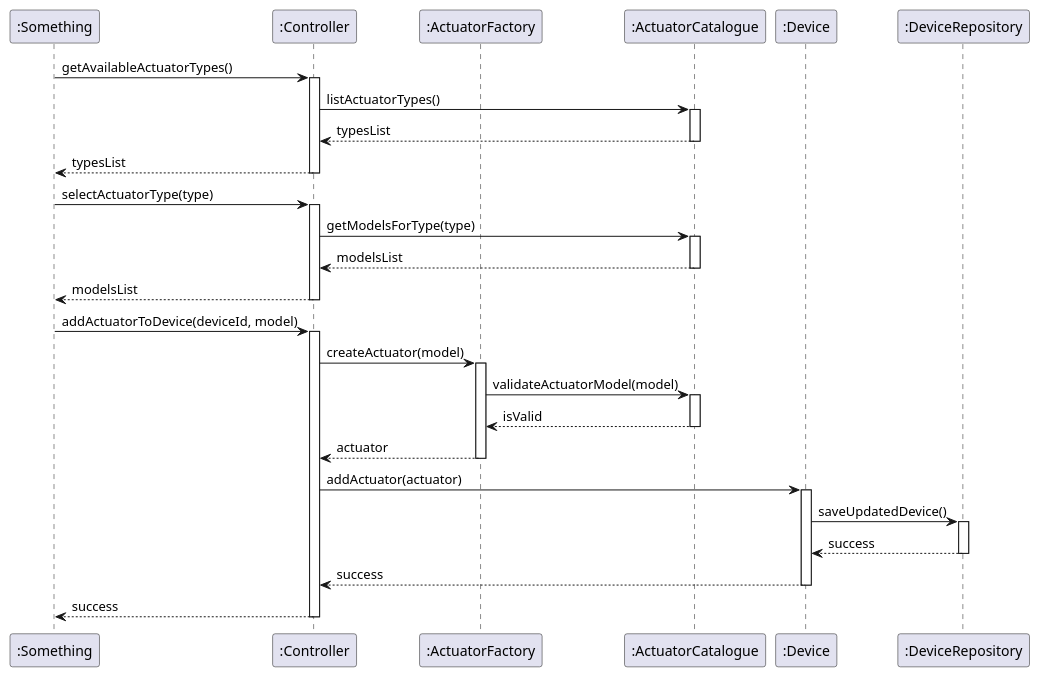
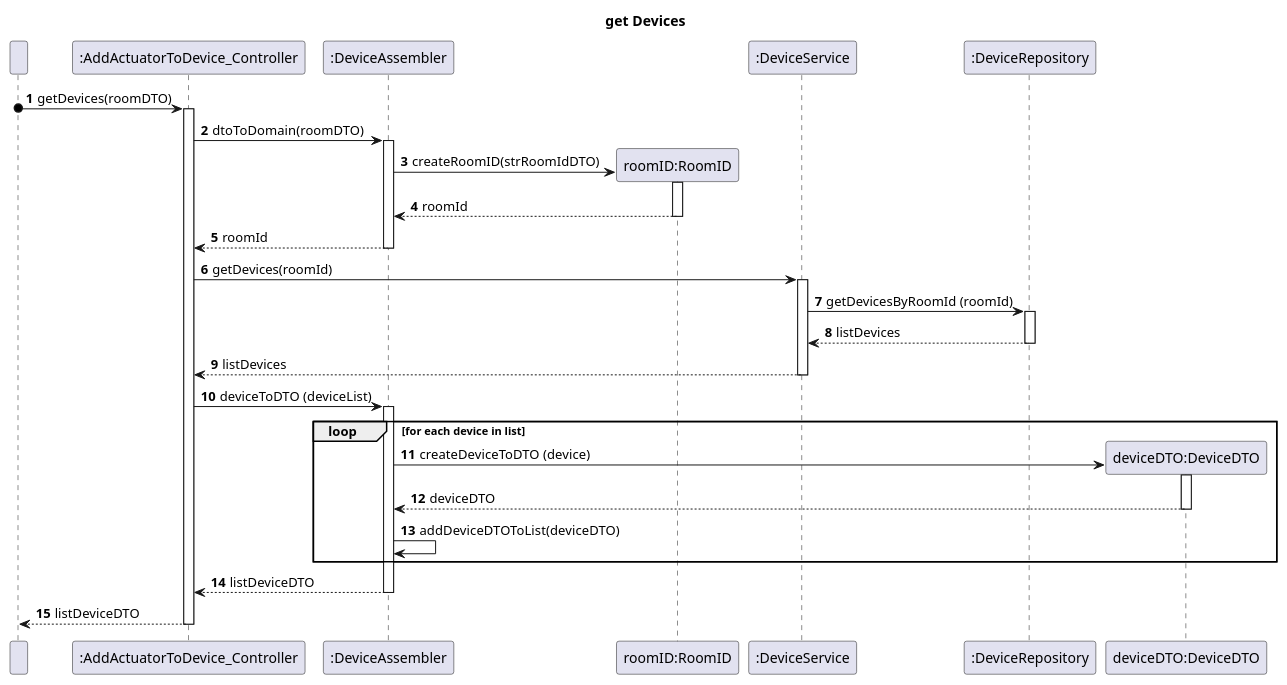
Before and after one commit to olivDiogo/SmartHome: the third of 6 diagrams in docs/userStories/us12/artifacts/us12_SD.puml, drawn with PlantUML. The commit also changed other lines of this file and 13 other files, not shown here.

First line of the commit message:
docs: update to us12 readme, sequence diagram and class diagram

```diff
--- a/docs/userStories/us12/artifacts/us12_SD.puml
+++ b/docs/userStories/us12/artifacts/us12_SD.puml
@@ -73,49 +141,63 @@
 @startuml
+title get Devices
+autonumber
 !pragma layout smetana
-participant ":Something" as Client
-participant ":Controller" as Controller
-participant ":ActuatorFactory" as ActuatorFactory
-participant ":ActuatorCatalogue" as ActuatorCatalogue
-participant ":Device" as Device
-participant ":DeviceRepository" as DeviceRepo
 
-Client -> Controller : getAvailableActuatorTypes()
-activate Controller
-Controller -> ActuatorCatalogue : listActuatorTypes()
-activate ActuatorCatalogue
-ActuatorCatalogue --> Controller : typesList
-deactivate ActuatorCatalogue
-Controller --> Client : typesList
-deactivate Controller
+participant " " as User
+participant ":AddActuatorToDevice_Controller" as AddActuatorToDevice_Controller
+participant ":DeviceAssembler" as DeviceAssembler
+participant "roomID:RoomID" as RoomID
+participant ":DeviceService" as DeviceService
+participant ":DeviceRepository" as DeviceRepository
+participant "deviceDTO:DeviceDTO" as DeviceDTO
 
-Client -> Controller : selectActuatorType(type)
-activate Controller
-Controller -> ActuatorCatalogue : getModelsForType(type)
-activate ActuatorCatalogue
-ActuatorCatalogue --> Controller : modelsList
-deactivate ActuatorCatalogue
-Controller --> Client : modelsList
-deactivate Controller
 
-Client -> Controller : addActuatorToDevice(deviceId, model)
-activate Controller
-Controller -> ActuatorFactory : createActuator(model)
-activate ActuatorFactory
-ActuatorFactory -> ActuatorCatalogue : validateActuatorModel(model)
-activate ActuatorCatalogue
-ActuatorCatalogue --> ActuatorFactory : isValid
-deactivate ActuatorCatalogue
-ActuatorFactory --> Controller : actuator
-deactivate ActuatorFactory
+User o-> AddActuatorToDevice_Controller: getDevices(roomDTO)
+activate AddActuatorToDevice_Controller
 
-Controller -> Device : addActuator(actuator)
-activate Device
-Device -> DeviceRepo : saveUpdatedDevice()
-activate DeviceRepo
-DeviceRepo --> Device : success
-deactivate DeviceRepo
-Device --> Controller : success
-deactivate Device
-Controller --> Client : success
-deactivate Controller
+
+AddActuatorToDevice_Controller -> DeviceAssembler : dtoToDomain(roomDTO)
+activate DeviceAssembler
+create RoomID
+
+DeviceAssembler -> RoomID: createRoomID(strRoomIdDTO)
+activate RoomID
+
+RoomID --> DeviceAssembler: roomId
+deactivate RoomID
+
+DeviceAssembler --> AddActuatorToDevice_Controller: roomId
+deactivate DeviceAssembler
+
+AddActuatorToDevice_Controller -> DeviceService: getDevices(roomId)
+activate DeviceService
+
+DeviceService -> DeviceRepository: getDevicesByRoomId (roomId)
+activate DeviceRepository
+
+DeviceRepository --> DeviceService: listDevices
+deactivate DeviceRepository
+
+DeviceService --> AddActuatorToDevice_Controller: listDevices
+deactivate DeviceService
+
+AddActuatorToDevice_Controller  -> DeviceAssembler: deviceToDTO (deviceList)
+activate DeviceAssembler
+
+loop for each device in list
+    create DeviceDTO
+    DeviceAssembler -> DeviceDTO: createDeviceToDTO (device)
+    activate DeviceDTO
+    DeviceDTO --> DeviceAssembler: deviceDTO
+    deactivate DeviceDTO
+    DeviceAssembler -> DeviceAssembler: addDeviceDTOToList(deviceDTO)
+end
+DeviceAssembler --> AddActuatorToDevice_Controller: listDeviceDTO
+
+deactivate DeviceAssembler
+deactivate DeviceService
+
+AddActuatorToDevice_Controller --> User : listDeviceDTO
+deactivate AddActuatorToDevice_Controller
+
 @enduml
```
